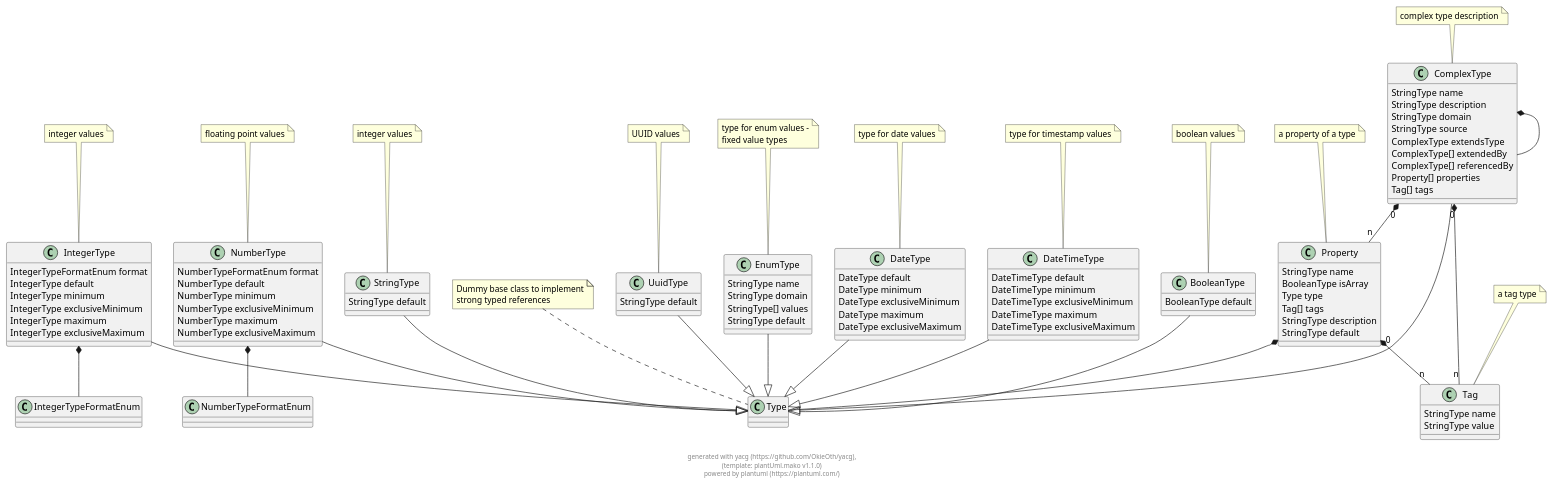
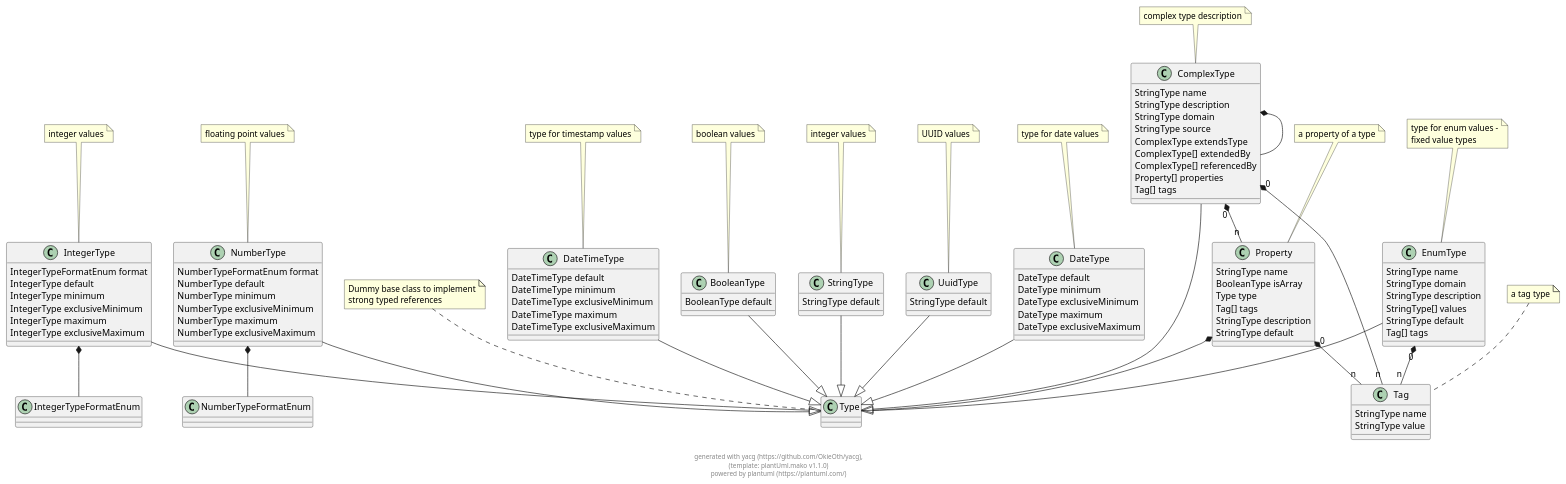
One commit to OkieOth/yacg changed the diagram in docs/puml/yacg_model.puml. Above: the diagram before and after it, drawn with PlantUML. The commit also changed 7 other files, not shown here.

```diff
--- a/docs/puml/yacg_model.puml
+++ b/docs/puml/yacg_model.puml
@@ -2,157 +2,161 @@
 @startuml
 
 class Type {
 }
  
 note top: Dummy base class to implement\nstrong typed references
 
 class IntegerType {
     IntegerTypeFormatEnum format 
     IntegerType default 
     IntegerType minimum 
     IntegerType exclusiveMinimum 
     IntegerType maximum 
     IntegerType exclusiveMaximum 
 }
  
 note top: integer values
 
 IntegerType --|> Type
 class IntegerTypeFormatEnum {
 }
  
 
 class NumberType {
     NumberTypeFormatEnum format 
     NumberType default 
     NumberType minimum 
     NumberType exclusiveMinimum 
     NumberType maximum 
     NumberType exclusiveMaximum 
 }
  
 note top: floating point values
 
 NumberType --|> Type
 class NumberTypeFormatEnum {
 }
  
 
 class BooleanType {
     BooleanType default 
 }
  
 note top: boolean values
 
 BooleanType --|> Type
 class StringType {
     StringType default 
 }
  
 note top: integer values
 
 StringType --|> Type
 class UuidType {
     StringType default 
 }
  
 note top: UUID values
 
 UuidType --|> Type
 class EnumType {
     StringType name 
     StringType domain 
+    StringType description 
     StringType[] values 
     StringType default 
+    Tag[] tags 
 }
  
 note top: type for enum values -\nfixed value types
 
 EnumType --|> Type
+class Tag {
+    StringType name 
+    StringType value 
+}
+ 
+note top: a tag type
+
 class DateType {
     DateType default 
     DateType minimum 
     DateType exclusiveMinimum 
     DateType maximum 
     DateType exclusiveMaximum 
 }
  
 note top: type for date values
 
 DateType --|> Type
 class DateTimeType {
     DateTimeType default 
     DateTimeType minimum 
     DateTimeType exclusiveMinimum 
     DateTimeType maximum 
     DateTimeType exclusiveMaximum 
 }
  
 note top: type for timestamp values
 
 DateTimeType --|> Type
 class ComplexType {
     StringType name 
     StringType description 
     StringType domain 
     StringType source 
     ComplexType extendsType 
     ComplexType[] extendedBy 
     ComplexType[] referencedBy 
     Property[] properties 
     Tag[] tags 
 }
  
 note top: complex type description
 
 ComplexType --|> Type
 class Property {
     StringType name 
     BooleanType isArray 
     Type type 
     Tag[] tags 
     StringType description 
     StringType default 
 }
  
 note top: a property of a type
 
-class Tag {
-    StringType name 
-    StringType value 
-}
- 
-note top: a tag type
-
 
     
     
 IntegerType  *--  IntegerTypeFormatEnum        
             
     
     
 NumberType  *--  NumberTypeFormatEnum        
             
     
     
     
     
+    
+EnumType "0" *-- "n" Tag        
+            
     
     
     
     
 ComplexType  *--  ComplexType        
             
 ComplexType "0" *-- "n" Property        
             
 ComplexType "0" *-- "n" Tag        
             
     
 Property  *--  Type        
             
 Property "0" *-- "n" Tag        
             
-    
 
 footer \ngenerated with yacg (https://github.com/OkieOth/yacg),\n(template: plantUml.mako v1.1.0)\npowered by plantuml (https://plantuml.com/)
 @enduml
```
